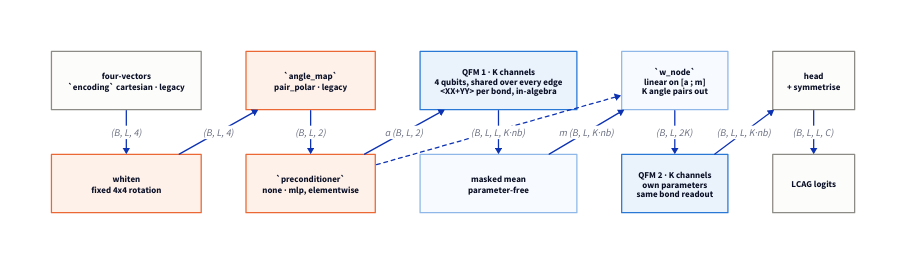
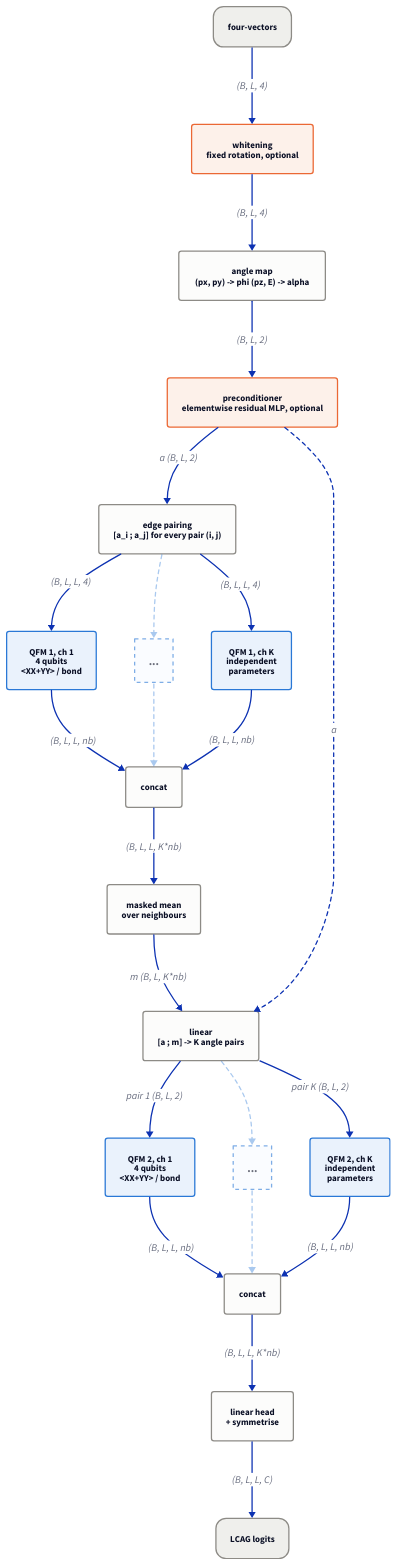
Before and after one commit to cirKITers/partiqledtr: the diagram in docs/architecture.d2, drawn with D2. The commit also changed 2 other files, not shown here.

Commit message:
architecture and findings updated

```diff
--- a/docs/architecture.d2
+++ b/docs/architecture.d2
@@ -1,46 +1,68 @@
-# The quantum model, end to end. Orange is a switch: a `train` flow input picks
-# one of its values. Edge labels are array shapes -- B events, L padded particles,
-# C LCAG classes, nb the ansatz's coupling-bond count (3/4/6/4 for
-# XY_Brickwork/XY_Ring/XY_AllPairs/Circuit_19, D107), K = `n_channels` parallel
-# QFMs per block (default 1, D108). The classical `gnn` and `mlp` arms are
+# The quantum model as a network diagram, top to bottom. Blue is quantum, orange
+# is optional, grey is classical (parameter-free or linear). Edge labels are
+# array shapes -- B events, L padded particles, C LCAG classes, nb the ansatz's
+# coupling-bond count (3/4/6/4 for XY_Brickwork/XY_Ring/XY_AllPairs/Circuit_19,
+# D107). Each QFM block is K = `n_channels` parallel, independently initialised
+# QFMs (default 1, D108), drawn as an explicit fan-out; the faint middle channel
+# stands for the K - 2 not drawn. The classical `gnn` and `mlp` arms are
 # deliberately not drawn.
 #
 #   d2 docs/architecture.d2 docs/architecture.svg
 
-vars: { d2-config: { layout-engine: elk; pad: 20 } }
+vars: { d2-config: { layout-engine: dagre; pad: 20 } }
+direction: down
 
 classes: {
-  switch: { style: { stroke: "#eb6834"; stroke-width: 2; fill: "#fdf1ea"; font-size: 14 } }
-  quantum: { style: { stroke: "#2a78d6"; stroke-width: 2; fill: "#eaf2fc"; font-size: 14 } }
-  local: { style: { stroke: "#8fb8e8"; fill: "#f7fbff"; font-size: 14 } }
-  plain: { style: { stroke: "#8d8b86"; fill: "#fcfcfb"; font-size: 14 } }
+  io: { style: { stroke: "#8d8b86"; fill: "#efefec"; font-size: 14; border-radius: 16 } }
+  op: { style: { stroke: "#8d8b86"; fill: "#fcfcfb"; font-size: 14; border-radius: 4 } }
+  opt: { style: { stroke: "#eb6834"; stroke-width: 2; fill: "#fdf1ea"; font-size: 14; border-radius: 4 } }
+  quantum: { style: { stroke: "#2a78d6"; stroke-width: 2; fill: "#eaf2fc"; font-size: 14; border-radius: 4 } }
+  ghost: { style: { stroke: "#2a78d6"; stroke-dash: 3; fill: "#f7fbff"; font-size: 18; opacity: 0.6 } }
+  faint: { style: { stroke: "#2a78d6"; stroke-dash: 3; opacity: 0.4 } }
 }
 
-model: "" {
-  grid-columns: 5
-  grid-gap: 70
-  style: { stroke: transparent; fill: transparent }
+x: "four-vectors" { class: io }
+wh: "whitening\nfixed rotation, optional" { class: opt }
+am: "angle map\n(px, py) -> phi   (pz, E) -> alpha" { class: op }
+pre: "preconditioner\nelementwise residual MLP, optional" { class: opt }
+pair: "edge pairing\n[a_i ; a_j] for every pair (i, j)" { class: op }
 
-  p4: "four-vectors\n`encoding` cartesian · legacy" { class: plain }
-  wh: "whiten\nfixed 4x4 rotation" { class: switch }
-  am: "`angle_map`\npair_polar · legacy" { class: switch }
-  pre: "`preconditioner`\nnone · mlp, elementwise" { class: switch }
-  e1: "QFM 1 · K channels\n4 qubits, shared over every edge\n<XX+YY> per bond, in-algebra" { class: quantum }
+q1a: "QFM 1, ch 1\n4 qubits\n<XX+YY> / bond" { class: quantum }
+q1d: "..." { class: ghost }
+q1k: "QFM 1, ch K\nindependent\nparameters" { class: quantum }
+cat1: "concat" { class: op }
+agg: "masked mean\nover neighbours" { class: op }
+wn: "linear\n[a ; m] -> K angle pairs" { class: op }
 
-  agg: "masked mean\nparameter-free" { class: local }
-  wn: "`w_node`\nlinear on [a ; m]\nK angle pairs out" { class: local }
-  e2: "QFM 2 · K channels\nown parameters\nsame bond readout" { class: quantum }
-  head: "head\n+ symmetrise" { class: plain }
-  out: "LCAG logits" { class: plain }
-}
+q2a: "QFM 2, ch 1\n4 qubits\n<XX+YY> / bond" { class: quantum }
+q2d: "..." { class: ghost }
+q2k: "QFM 2, ch K\nindependent\nparameters" { class: quantum }
+cat2: "concat" { class: op }
+head: "linear head\n+ symmetrise" { class: op }
+y: "LCAG logits" { class: io }
 
-model.p4 -> model.wh: (B, L, 4)
-model.wh -> model.am: (B, L, 4)
-model.am -> model.pre: (B, L, 2)
-model.pre -> model.e1: "a  (B, L, 2)"
-model.e1 -> model.agg: (B, L, L, K·nb)
-model.agg -> model.wn: "m  (B, L, K·nb)"
-model.wn -> model.e2: (B, L, 2K)
-model.e2 -> model.head: (B, L, L, K·nb)
-model.head -> model.out: (B, L, L, C)
-model.pre -> model.wn: { style.stroke-dash: 3 }
+x -> wh: "(B, L, 4)"
+wh -> am: "(B, L, 4)"
+am -> pre: "(B, L, 2)"
+pre -> pair: "a  (B, L, 2)"
+
+pair -> q1a: "(B, L, L, 4)"
+pair -> q1d: { class: faint }
+pair -> q1k: "(B, L, L, 4)"
+q1a -> cat1: "(B, L, L, nb)"
+q1d -> cat1: { class: faint }
+q1k -> cat1: "(B, L, L, nb)"
+
+cat1 -> agg: "(B, L, L, K*nb)"
+agg -> wn: "m  (B, L, K*nb)"
+pre -> wn: "a" { style: { stroke-dash: 3 } }
+
+wn -> q2a: "pair 1  (B, L, 2)"
+wn -> q2d: { class: faint }
+wn -> q2k: "pair K  (B, L, 2)"
+q2a -> cat2: "(B, L, L, nb)"
+q2d -> cat2: { class: faint }
+q2k -> cat2: "(B, L, L, nb)"
+
+cat2 -> head: "(B, L, L, K*nb)"
+head -> y: "(B, L, L, C)"
```
